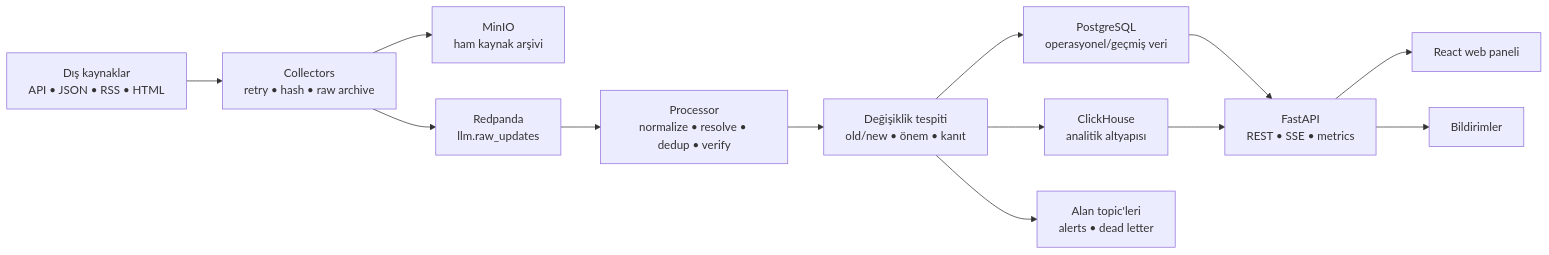
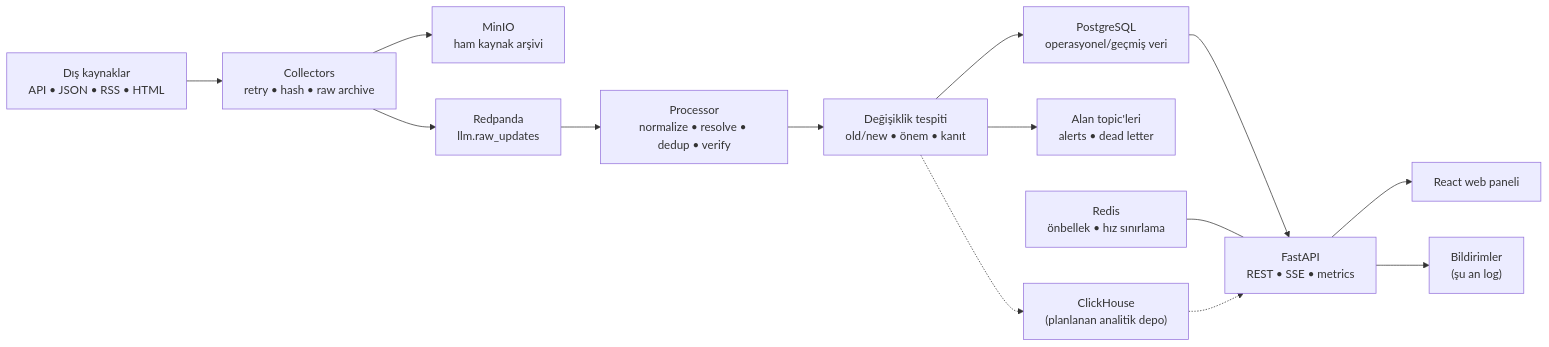
One commit to byznrdincer/llm-radar changed the diagram in README.md. Above: the diagram before and after it, drawn with Mermaid. The commit also changed other lines of this file and 3 other files, not shown here.

````diff
--- a/README.md
+++ b/README.md
@@ -46,15 +47,16 @@
 ```mermaid
 flowchart LR
     S["Dış kaynaklar<br/>API • JSON • RSS • HTML"] --> C["Collectors<br/>retry • hash • raw archive"]
     C --> M["MinIO<br/>ham kaynak arşivi"]
     C --> K["Redpanda<br/>llm.raw_updates"]
     K --> P["Processor<br/>normalize • resolve • dedup • verify"]
     P --> D["Değişiklik tespiti<br/>old/new • önem • kanıt"]
     D --> PG["PostgreSQL<br/>operasyonel/geçmiş veri"]
-    D --> CH["ClickHouse<br/>analitik altyapısı"]
     D --> T["Alan topic'leri<br/>alerts • dead letter"]
     PG --> API["FastAPI<br/>REST • SSE • metrics"]
-    CH --> API
+    R["Redis<br/>önbellek • hız sınırlama"] --- API
     API --> W["React web paneli"]
-    API --> N["Bildirimler"]
+    API --> N["Bildirimler<br/>(şu an log)"]
+    D -.-> CH["ClickHouse<br/>(planlanan analitik depo)"]
+    CH -.-> API
 ```
````
